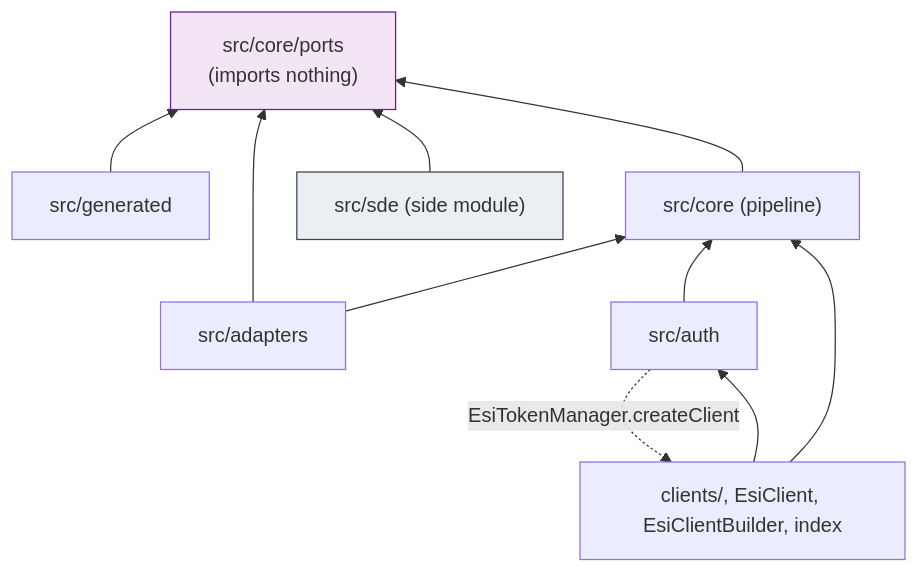
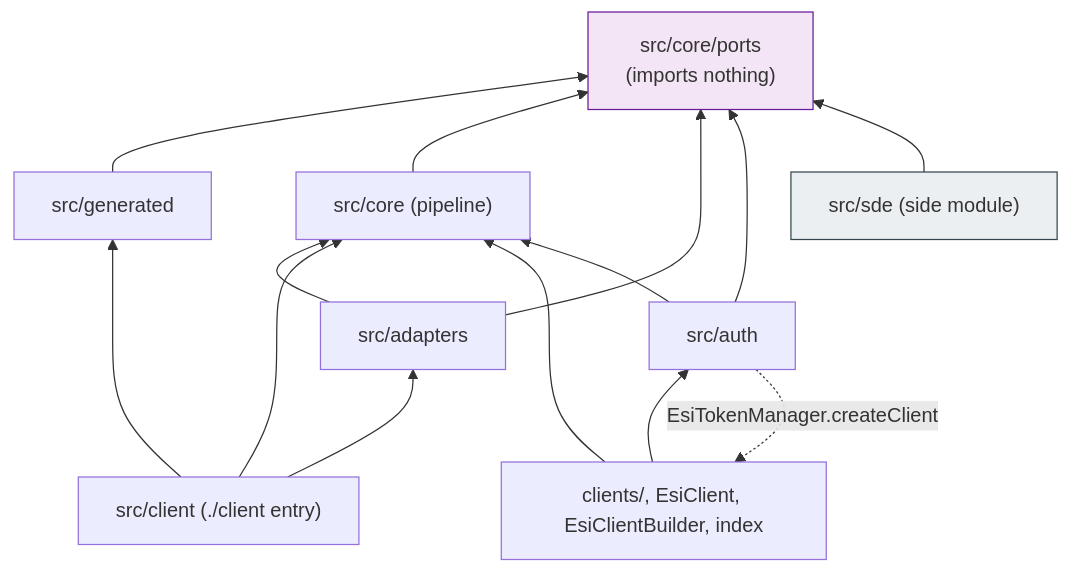
Before and after one commit to lgriffin/ESI.ts: the sixth of 15 diagrams in guides/ARCHITECTURE.md, drawn with Mermaid. The commit also changed other lines of this file and 71 other files, not shown here.

````diff
--- a/guides/ARCHITECTURE.md
+++ b/guides/ARCHITECTURE.md
@@ -479,23 +477,28 @@
 ```mermaid
 flowchart BT
     ports["src/core/ports<br/>(imports nothing)"]
     generated["src/generated"]
     core["src/core (pipeline)"]
     adapters["src/adapters"]
+    client["src/client (./client entry)"]
     legacy["clients/, EsiClient, EsiClientBuilder, index"]
     auth["src/auth"]
     sde["src/sde (side module)"]
 
     generated --> ports
     core --> ports
     adapters --> core
     adapters --> ports
+    client --> adapters
+    client --> core
+    client --> generated
     legacy --> core
     legacy --> auth
     auth --> core
+    auth --> ports
     auth -. "EsiTokenManager.createClient" .-> legacy
     sde --> ports
 
     style ports fill:#f3e5f5,stroke:#6a1b9a
     style sde fill:#eceff1,stroke:#37474f
 ```
````
